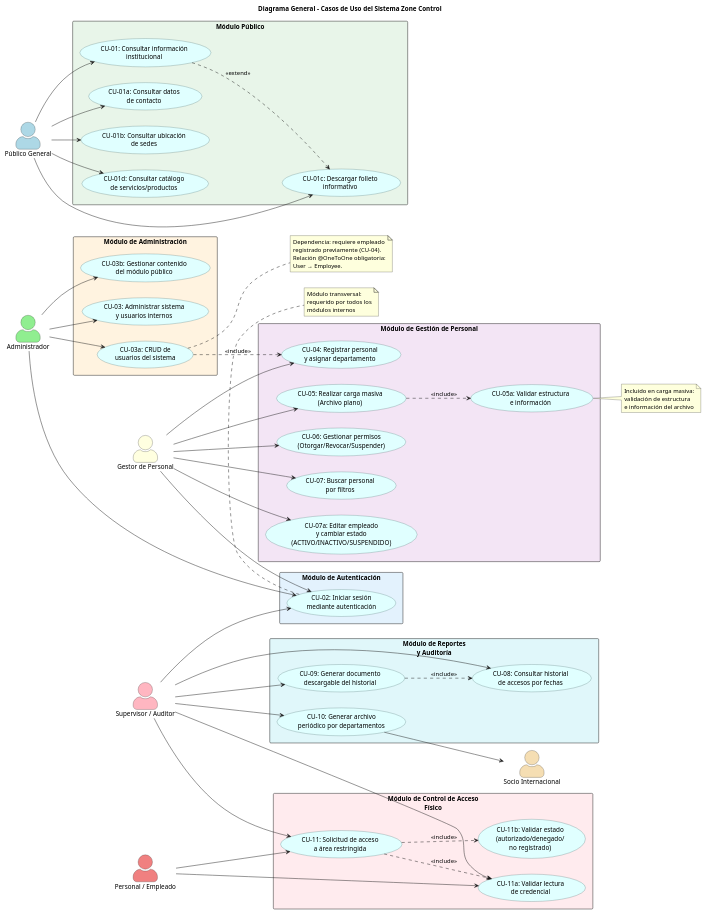
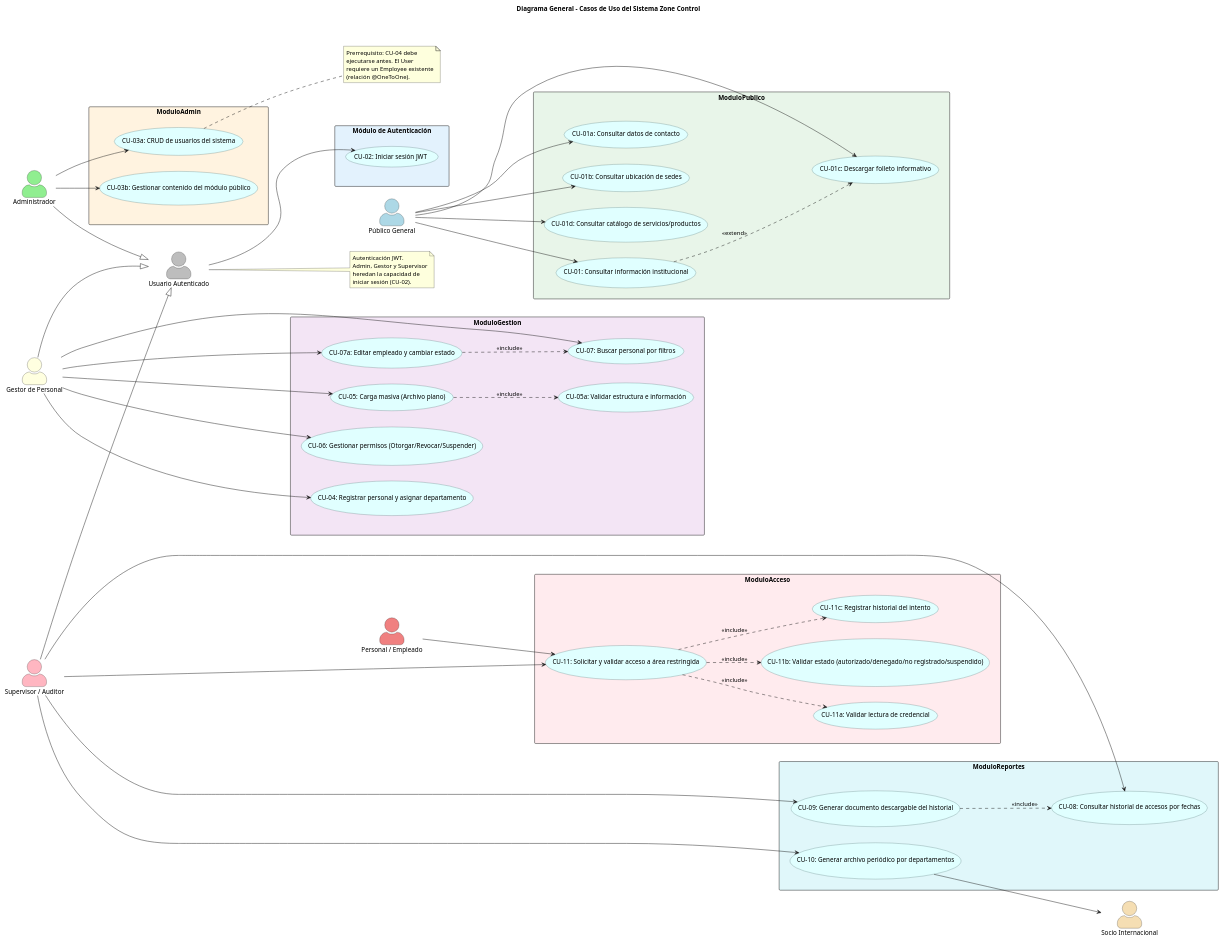
One commit to ElianMMCode/Zone-Control changed the diagram in docs/diagramas/casos_uso/00_diagrama_general.puml. Above: the diagram before and after it, drawn with PlantUML. The commit also changed 7 other files, not shown here.

Commit message:
docs(casos-uso): add actor inheritance hierarchy and fix use case relationships

```diff
--- a/docs/diagramas/casos_uso/00_diagrama_general.puml
+++ b/docs/diagramas/casos_uso/00_diagrama_general.puml
@@ -1,160 +1,132 @@
 @startuml
 title Diagrama General - Casos de Uso del Sistema Zone Control
 skinparam usecase {
   BackgroundColor LightCyan
   BorderColor DarkSlateGray
 }
 skinparam actorStyle awesome
 skinparam packageStyle rectangle
 left to right direction
 
 ' =============================================
 ' ACTORES
 ' =============================================
 
+actor "Usuario Autenticado" as Auth #BDBDBD
 actor "Público General" as Publico #LightBlue
 actor "Administrador" as Admin #LightGreen
 actor "Gestor de Personal" as Gestor #LightYellow
+actor "Personal / Empleado" as Empleado #LightCoral
 actor "Supervisor / Auditor" as Supervisor #LightPink
-actor "Personal / Empleado" as Empleado #LightCoral
 actor "Socio Internacional" as Socio #Wheat
 
 ' =============================================
-' MÓDULO PÚBLICO
+' HERENCIA (actores autenticados heredan de Auth)
 ' =============================================
 
-package "Módulo Público" #E8F5E9 {
-  usecase "CU-01: Consultar información\ninstitucional" as UC01
-  usecase "CU-01a: Consultar datos\nde contacto" as UC01a
-  usecase "CU-01b: Consultar ubicación\nde sedes" as UC01b
-  usecase "CU-01c: Descargar folleto\ninformativo" as UC01c
-  usecase "CU-01d: Consultar catálogo\nde servicios/productos" as UC01d
+Admin --|> Auth
+Gestor --|> Auth
+Supervisor --|> Auth
 
+note right of Auth
+  Autenticación JWT.
+  Admin, Gestor y Supervisor
+  heredan la capacidad de
+  iniciar sesión (CU-02).
+end note
+
+' =============================================
+' MÓDULOS (apilados verticalmente, ordenados
+' según el actor que los usa para evitar cruces)
+' =============================================
+
+package "Módulo de Autenticación" as ModuloAutenticacion #E3F2FD {
+  usecase "CU-02: Iniciar sesión JWT" as UC_LOGIN
+}
+
+Auth --> UC_LOGIN
+
+ModuloAutenticacion -[hidden]down- ModuloPublico
+
+package "Módulo Público" as ModuloPublico #E8F5E9 {
+  usecase "CU-01: Consultar información institucional" as UC01
+  usecase "CU-01a: Consultar datos de contacto" as UC01a
+  usecase "CU-01b: Consultar ubicación de sedes" as UC01b
+  usecase "CU-01c: Descargar folleto informativo" as UC01c
+  usecase "CU-01d: Consultar catálogo de servicios/productos" as UC01d
   UC01 ..> UC01c : <<extend>>
 }
 
-' =============================================
-' MÓDULO DE AUTENTICACIÓN
-' =============================================
-
-package "Módulo de Autenticación" #E3F2FD {
-  usecase "CU-02: Iniciar sesión\nmediante autenticación" as UC02
-}
-
-' =============================================
-' MÓDULO DE ADMINISTRACIÓN
-' =============================================
-
-package "Módulo de Administración" #FFF3E0 {
-  usecase "CU-03: Administrar sistema\ny usuarios internos" as UC03
-  usecase "CU-03a: CRUD de\nusuarios del sistema" as UC03a
-  usecase "CU-03b: Gestionar contenido\ndel módulo público" as UC03b
-}
-
-' =============================================
-' MÓDULO DE GESTIÓN DE PERSONAL
-' =============================================
-
-package "Módulo de Gestión de Personal" #F3E5F5 {
-  usecase "CU-04: Registrar personal\ny asignar departamento" as UC04
-  usecase "CU-05: Realizar carga masiva\n(Archivo plano)" as UC05
-  usecase "CU-06: Gestionar permisos\n(Otorgar/Revocar/Suspender)" as UC06
-  usecase "CU-07: Buscar personal\npor filtros" as UC07
-  usecase "CU-07a: Editar empleado\ny cambiar estado\n(ACTIVO/INACTIVO/SUSPENDIDO)" as UC07a
-  usecase "CU-05a: Validar estructura\ne información" as UC05a
-}
-
-' =============================================
-' MÓDULO DE CONTROL DE ACCESO
-' =============================================
-
-package "Módulo de Control de Acceso\nFísico" #FFEBEE {
-  usecase "CU-11: Solicitud de acceso\na área restringida" as UC11
-  usecase "CU-11a: Validar lectura\nde credencial" as UC11a
-  usecase "CU-11b: Validar estado\n(autorizado/denegado/\nno registrado)" as UC11b
-}
-
-' =============================================
-' MÓDULO DE REPORTES Y AUDITORÍA
-' =============================================
-
-package "Módulo de Reportes\ny Auditoría" #E0F7FA {
-  usecase "CU-08: Consultar historial\nde accesos por fechas" as UC08
-  usecase "CU-09: Generar documento\ndescargable del historial" as UC09
-  usecase "CU-10: Generar archivo\nperiódico por departamentos" as UC10
-}
-
-' =============================================
-' RELACIONES ACTORES → CASOS DE USO
-' =============================================
-
-' Público General
 Publico --> UC01
 Publico --> UC01a
 Publico --> UC01b
 Publico --> UC01c
 Publico --> UC01d
 
-' Administrador
-Admin --> UC02
-Admin --> UC03
+ModuloPublico -[hidden]down- ModuloAdmin
+
+package "Módulo de Administración" as ModuloAdmin #FFF3E0 {
+  usecase "CU-03a: CRUD de usuarios del sistema" as UC03a
+  usecase "CU-03b: Gestionar contenido del módulo público" as UC03b
+}
+
 Admin --> UC03a
 Admin --> UC03b
 
-' Gestor de Personal
-Gestor --> UC02
+note right of UC03a
+  Prerrequisito: CU-04 debe
+  ejecutarse antes. El User
+  requiere un Employee existente
+  (relación @OneToOne).
+end note
+
+ModuloAdmin -[hidden]down- ModuloGestion
+
+package "Módulo de Gestión de Personal" as ModuloGestion #F3E5F5 {
+  usecase "CU-04: Registrar personal y asignar departamento" as UC04
+  usecase "CU-05: Carga masiva (Archivo plano)" as UC05
+  usecase "CU-05a: Validar estructura e información" as UC05a
+  usecase "CU-06: Gestionar permisos (Otorgar/Revocar/Suspender)" as UC06
+  usecase "CU-07: Buscar personal por filtros" as UC07
+  usecase "CU-07a: Editar empleado y cambiar estado" as UC07a
+  UC05 ..> UC05a : <<include>>
+  UC07a ..> UC07 : <<include>>
+}
+
 Gestor --> UC04
 Gestor --> UC05
 Gestor --> UC06
 Gestor --> UC07
 Gestor --> UC07a
 
-' Supervisor / Auditor
-Supervisor --> UC02
+ModuloGestion -[hidden]down- ModuloAcceso
+
+package "Módulo de Control de Acceso Físico" as ModuloAcceso #FFEBEE {
+  usecase "CU-11: Solicitar y validar acceso a área restringida" as UC11
+  usecase "CU-11a: Validar lectura de credencial" as UC11a
+  usecase "CU-11b: Validar estado (autorizado/denegado/no registrado/suspendido)" as UC11b
+  usecase "CU-11c: Registrar historial del intento" as UC11c
+  UC11 ..> UC11a : <<include>>
+  UC11 ..> UC11b : <<include>>
+  UC11 ..> UC11c : <<include>>
+}
+
+Empleado --> UC11
+Supervisor --> UC11
+
+ModuloAcceso -[hidden]down- ModuloReportes
+
+package "Módulo de Reportes y Auditoría" as ModuloReportes #E0F7FA {
+  usecase "CU-08: Consultar historial de accesos por fechas" as UC08
+  usecase "CU-09: Generar documento descargable del historial" as UC09
+  usecase "CU-10: Generar archivo periódico por departamentos" as UC10
+  UC09 ..> UC08 : <<include>>
+}
+
 Supervisor --> UC08
 Supervisor --> UC09
 Supervisor --> UC10
-Supervisor --> UC11
-Supervisor --> UC11a
 
-' Personal / Empleado
-Empleado --> UC11
-Empleado --> UC11a
-
-' Socio Internacional (recibe archivo)
 UC10 --> Socio
 
-' =============================================
-' RELACIONES ENTRE CASOS DE USO
-' =============================================
-
-UC05 ..> UC05a : <<include>>
-UC11 ..> UC11a : <<include>>
-UC11 ..> UC11b : <<include>>
-UC09 ..> UC08 : <<include>>
-UC03a ..> UC04 : <<include>>
-
-' =============================================
-' NOTAS
-' =============================================
-
-note bottom of UC02
-  Módulo transversal:
-  requerido por todos los
-  módulos internos
-end note
-
-note right of UC05a
-  Incluido en carga masiva:
-  validación de estructura
-  e información del archivo
-end note
-
-note right of UC03a
-  Dependencia: requiere empleado
-  registrado previamente (CU-04).
-  Relación @OneToOne obligatoria:
-  User → Employee.
-end note
-
 @enduml
```
